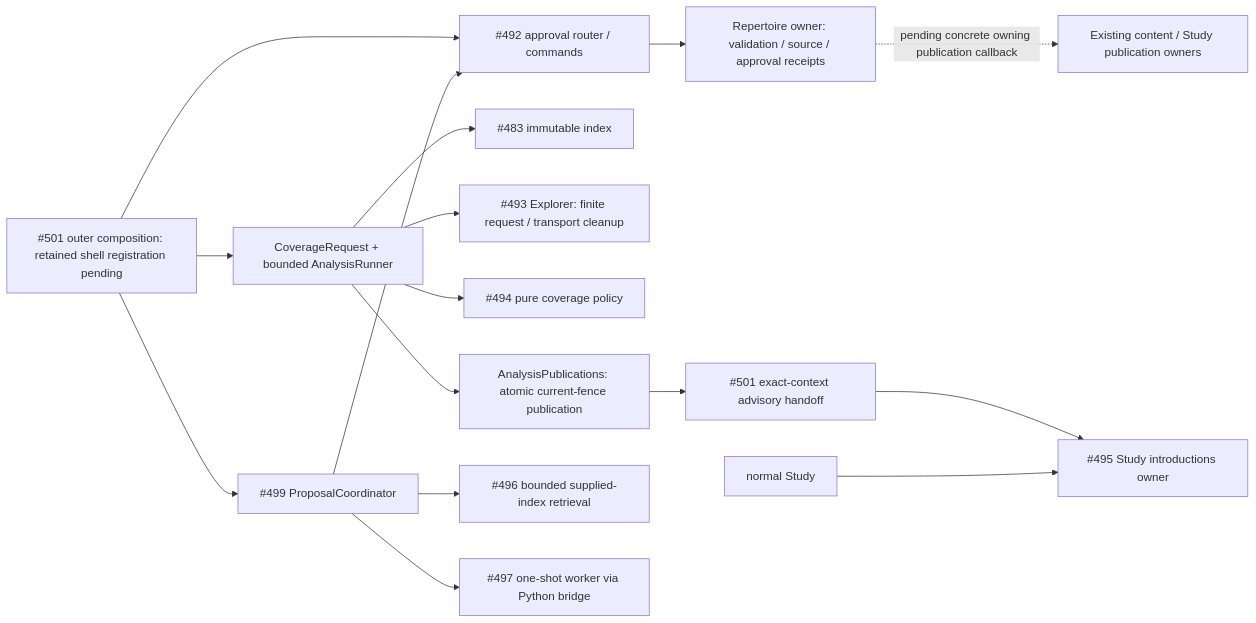
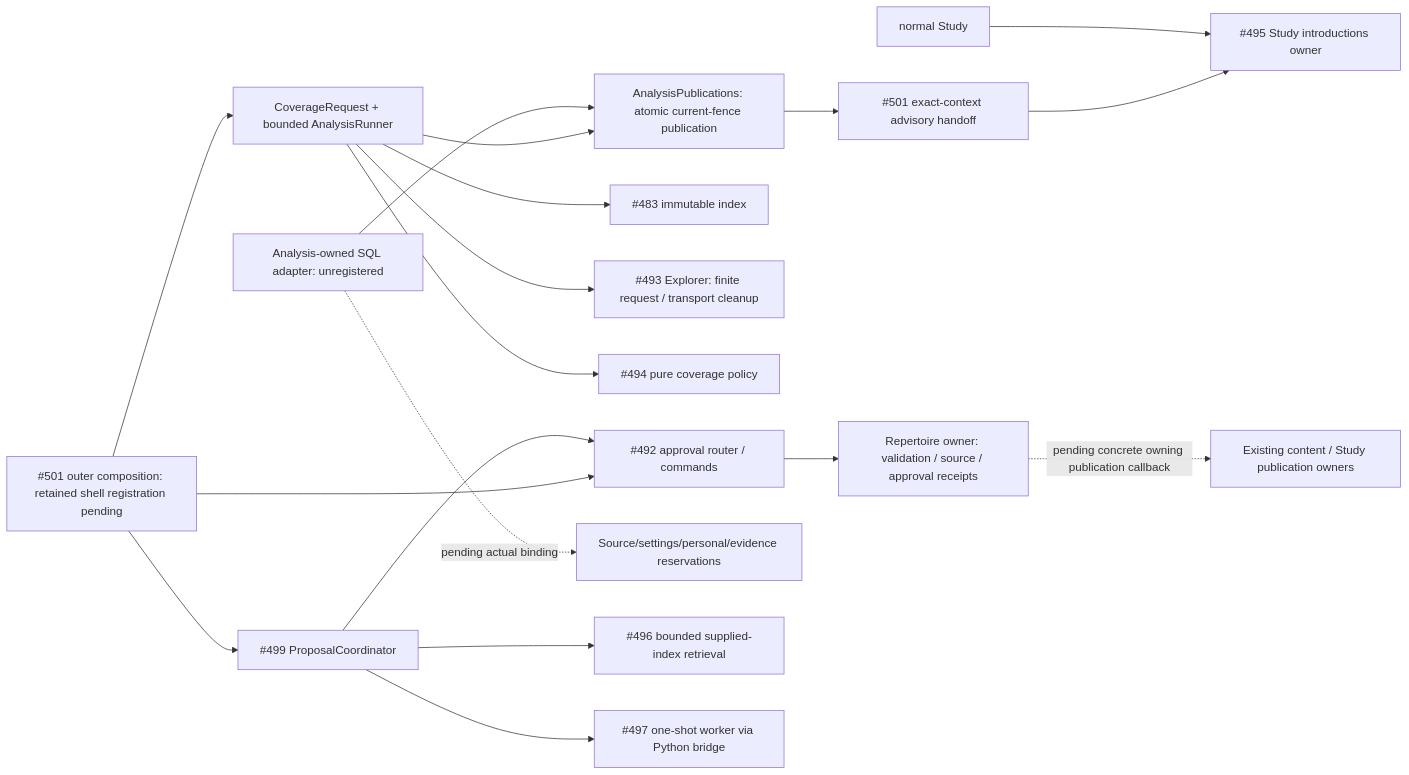
One commit to aaweaver-actuary/tempo changed the diagram in backend/app/analysis/jobs/README.md. Above: the diagram before and after it, drawn with Mermaid. The commit also changed other lines of this file and 6 other files, not shown here.

````diff
--- a/backend/app/analysis/jobs/README.md
+++ b/backend/app/analysis/jobs/README.md
@@ -103,18 +106,20 @@
 ```mermaid
 flowchart LR
   Root["#501 outer composition: retained shell registration pending"] --> C["#492 approval router / commands"]
   C --> Repertoire["Repertoire owner: validation / source / approval receipts"]
   Root --> Work["CoverageRequest + bounded AnalysisRunner"]
   Work --> Index["#483 immutable index"]
   Work --> Explorer["#493 Explorer: finite request / transport cleanup"]
   Work --> Ranking["#494 pure coverage policy"]
   Work --> Store["AnalysisPublications: atomic current-fence publication"]
+  Adapter["Analysis-owned SQL adapter: unregistered"] --> Store
+  Adapter -. "pending actual binding" .-> OwnerFence["Source/settings/personal/evidence reservations"]
   Store --> Acceptance["#501 exact-context advisory handoff"]
   Acceptance --> Intro["#495 Study introductions owner"]
   Study["normal Study"] --> Intro
   Repertoire -. "pending concrete owning publication callback" .-> Content["Existing content / Study publication owners"]
   Root --> Repairs["#499 ProposalCoordinator"]
   Repairs --> Similarity["#496 bounded supplied-index retrieval"]
   Repairs --> Engine["#497 one-shot worker via Python bridge"]
   Repairs --> C
 ```
````
